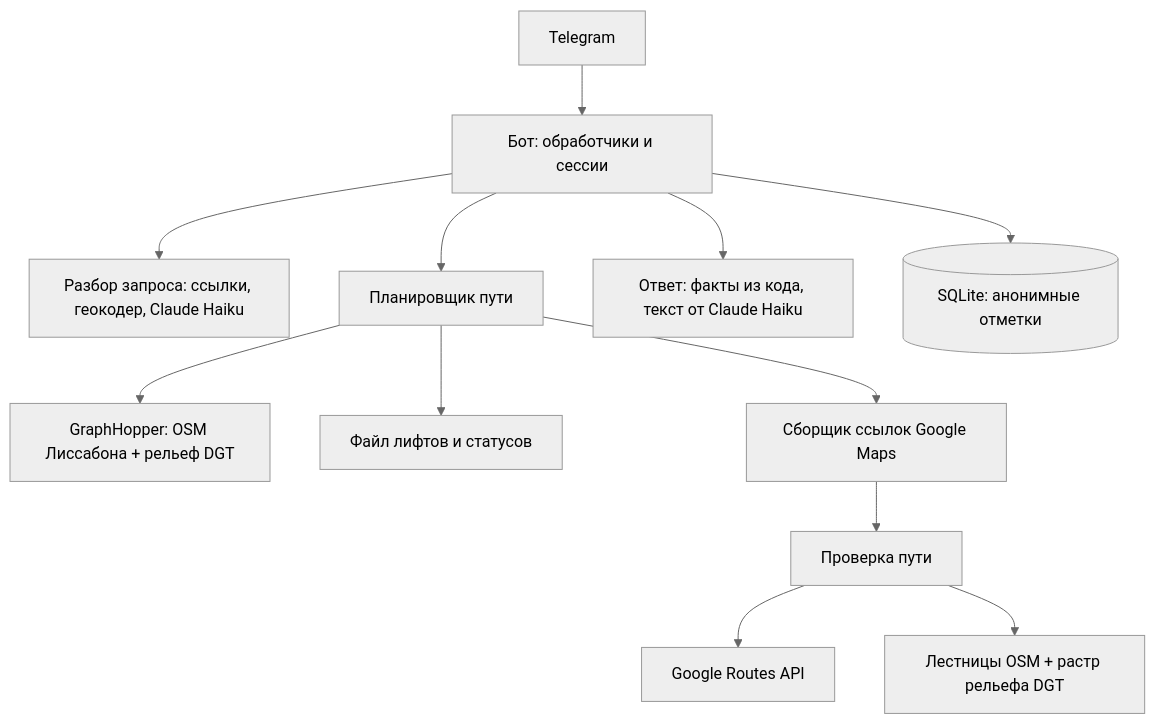
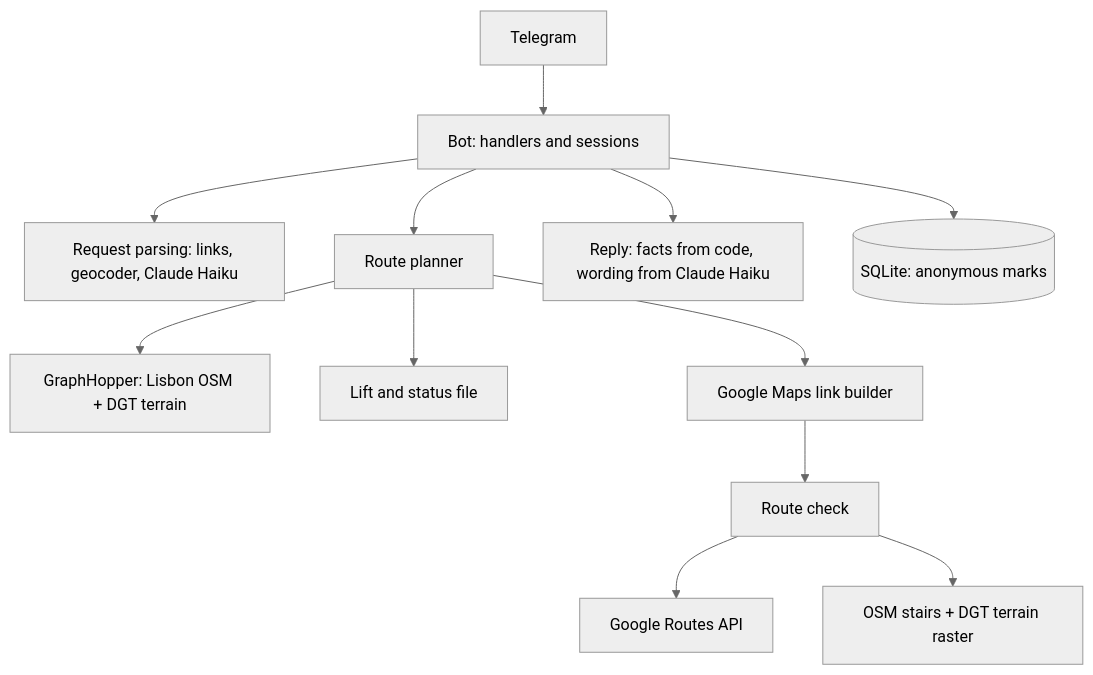
One commit to ivletunovskaya/stroller-routes-lisbon changed the first of 2 diagrams in docs/plans/2026-11-17-1612-feat-stroller-routes-lisbon-plan.md. Above: the diagram before and after it, drawn with Mermaid (neutral theme). The commit also changed other lines of this file and 1 other file, not shown here.

First line of the commit message:
docs: translate README and plan to English

````diff
--- a/docs/plans/2026-11-17-1612-feat-stroller-routes-lisbon-plan.md
+++ b/docs/plans/2026-11-17-1612-feat-stroller-routes-lisbon-plan.md
@@ -194,14 +194,14 @@
 ```mermaid
 flowchart TB
-  TG[Telegram] --> BOT[Бот: обработчики и сессии]
-  BOT --> PARSE[Разбор запроса: ссылки, геокодер, Claude Haiku]
-  BOT --> PLAN[Планировщик пути]
-  PLAN --> GH[GraphHopper: OSM Лиссабона + рельеф DGT]
-  PLAN --> LIFTS[Файл лифтов и статусов]
-  PLAN --> LINK[Сборщик ссылок Google Maps]
-  LINK --> CHECK[Проверка пути]
+  TG[Telegram] --> BOT[Bot: handlers and sessions]
+  BOT --> PARSE[Request parsing: links, geocoder, Claude Haiku]
+  BOT --> PLAN[Route planner]
+  PLAN --> GH[GraphHopper: Lisbon OSM + DGT terrain]
+  PLAN --> LIFTS[Lift and status file]
+  PLAN --> LINK[Google Maps link builder]
+  LINK --> CHECK[Route check]
   CHECK --> ROUTES[Google Routes API]
-  CHECK --> STEPS[Лестницы OSM + растр рельефа DGT]
-  BOT --> REPLY[Ответ: факты из кода, текст от Claude Haiku]
-  BOT --> MARKS[(SQLite: анонимные отметки)]
+  CHECK --> STEPS[OSM stairs + DGT terrain raster]
+  BOT --> REPLY[Reply: facts from code, wording from Claude Haiku]
+  BOT --> MARKS[(SQLite: anonymous marks)]
 ```
````
